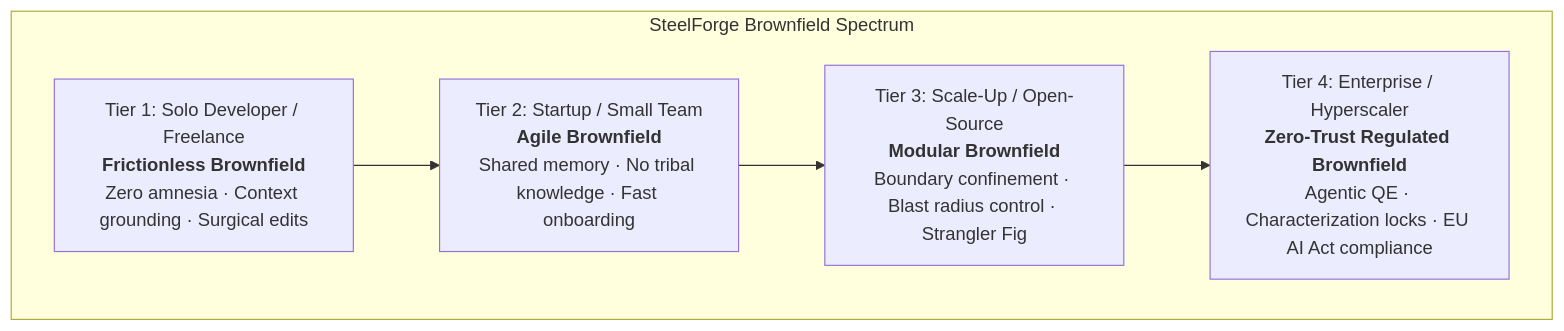
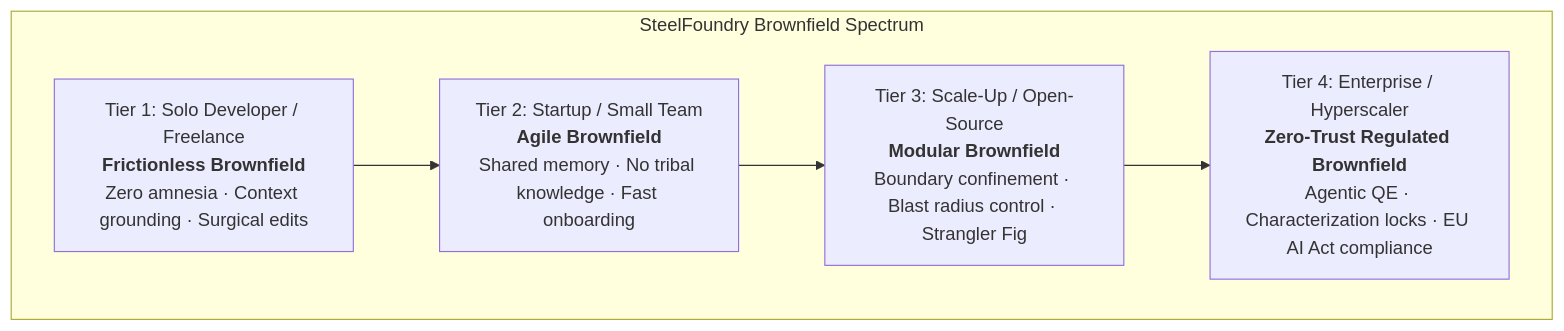
Before and after one commit to Brujo2020/OpenSDD: the diagram in docs/guides/universal-brownfield-sdd.md, drawn with Mermaid. The commit also changed other lines of this file and 465 other files, not shown here.

First line of the commit message:
feat!: el nombre final es SteelFoundry — SDD Toolkit

````diff
--- a/docs/guides/universal-brownfield-sdd.md
+++ b/docs/guides/universal-brownfield-sdd.md
@@ -13,11 +13,11 @@
 ```mermaid
 flowchart TD
-  subgraph Tiers [SteelForge Brownfield Spectrum]
+  subgraph Tiers [SteelFoundry Brownfield Spectrum]
     T1["Tier 1: Solo Developer / Freelance<br/><b>Frictionless Brownfield</b><br/>Zero amnesia · Context grounding · Surgical edits"]
     T2["Tier 2: Startup / Small Team<br/><b>Agile Brownfield</b><br/>Shared memory · No tribal knowledge · Fast onboarding"]
     T3["Tier 3: Scale-Up / Open-Source<br/><b>Modular Brownfield</b><br/>Boundary confinement · Blast radius control · Strangler Fig"]
     T4["Tier 4: Enterprise / Hyperscaler<br/><b>Zero-Trust Regulated Brownfield</b><br/>Agentic QE · Characterization locks · EU AI Act compliance"]
   end
 
   T1 --> T2 --> T3 --> T4
 ```
````
